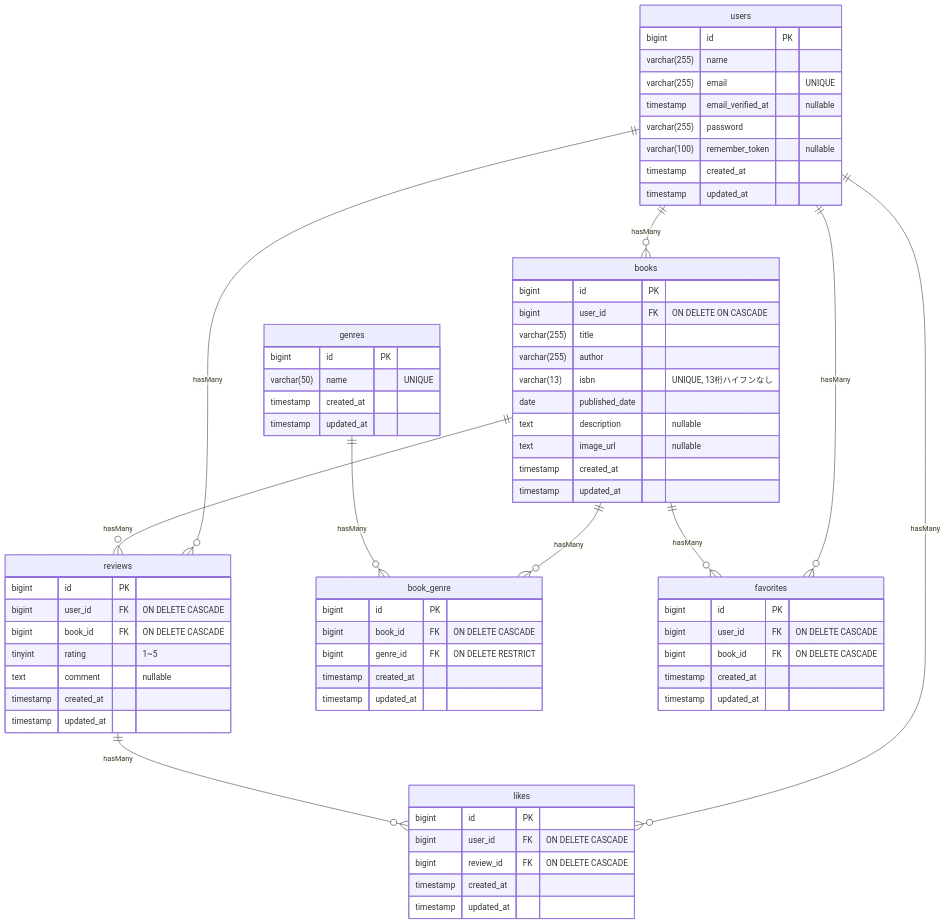
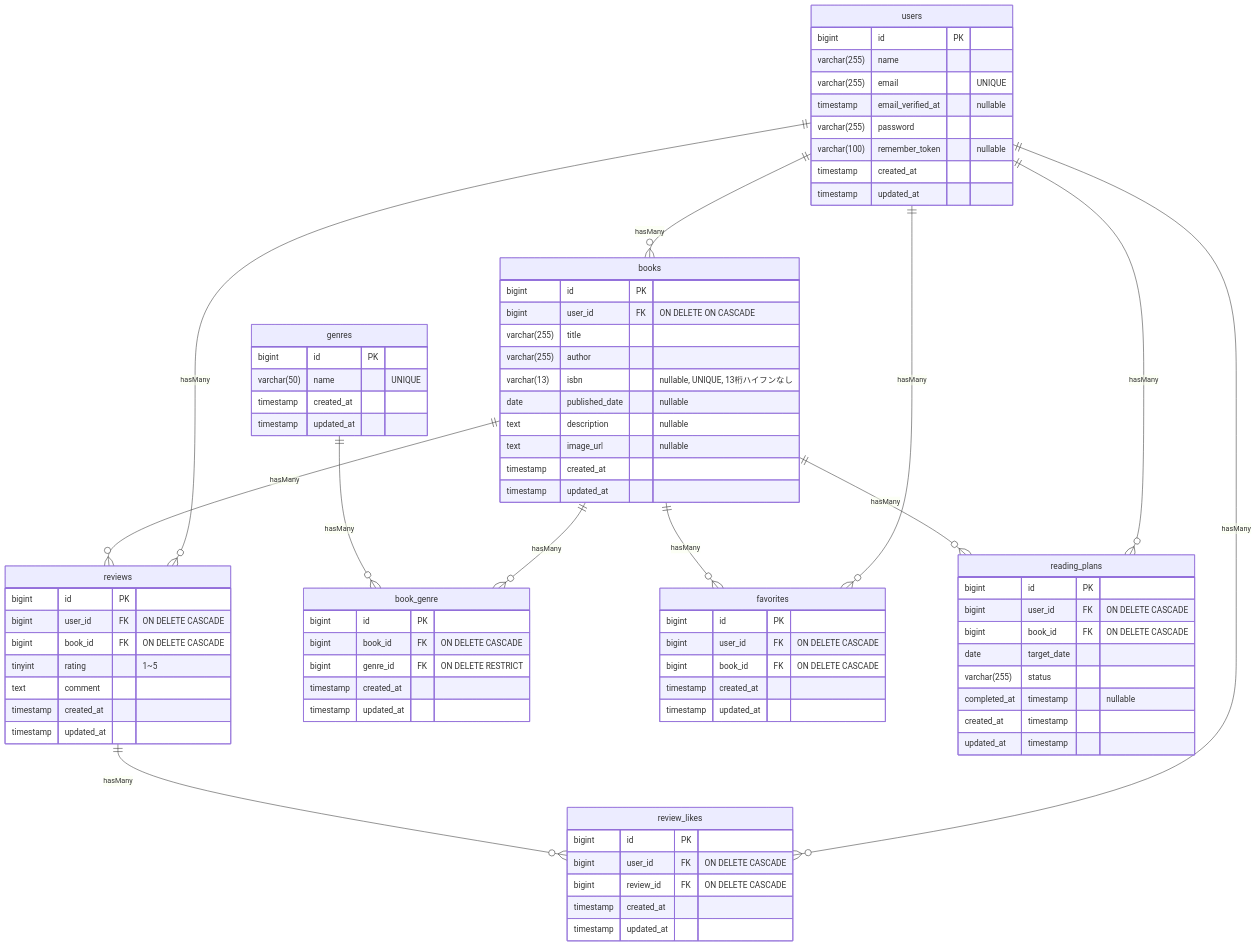
Before and after one commit to rnapyzz/bookshelf-app: the diagram in README.md, drawn with Mermaid. The commit also changed other lines of this file, not shown here.

````diff
--- a/README.md
+++ b/README.md
@@ -28,8 +33,8 @@
         bigint user_id FK "ON DELETE ON CASCADE"
         varchar(255) title
         varchar(255) author
-        varchar(13) isbn "UNIQUE, 13桁ハイフンなし"
-        date published_date
+        varchar(13) isbn "nullable, UNIQUE, 13桁ハイフンなし"
+        date published_date "nullable"
         text description "nullable"
         text image_url "nullable"
         timestamp created_at
@@ -41,7 +46,7 @@
         bigint user_id FK "ON DELETE CASCADE"
         bigint book_id FK "ON DELETE CASCADE"
         tinyint rating "1~5"
-        text comment "nullable"
+        text comment
         timestamp created_at
         timestamp updated_at
     }
@@ -62,7 +67,7 @@
         timestamp updated_at
     }
     
-    likes {
+    review_likes {
         bigint id PK
         bigint user_id FK "ON DELETE CASCADE"
         bigint review_id FK "ON DELETE CASCADE"
@@ -70,17 +75,29 @@
         timestamp updated_at
     }
     
+    reading_plans {
+        bigint id PK
+        bigint user_id FK "ON DELETE CASCADE"
+        bigint book_id FK "ON DELETE CASCADE"
+        date target_date
+        varchar(255) status
+        completed_at timestamp "nullable"
+        created_at timestamp
+        updated_at timestamp
+    }
+    
     users ||--o{ books : "hasMany"
     users ||--o{ reviews : "hasMany"
     users ||--o{ favorites : "hasMany"
-    users ||--o{ likes : "hasMany"
+    users ||--o{ review_likes : "hasMany"
+    users ||--o{ reading_plans: "hasMany"
     
     books ||--o{ reviews : "hasMany"
     books ||--o{ favorites : "hasMany"
     books ||--o{ book_genre: "hasMany"
+    books ||--o{ reading_plans: "hasMany"
     
     genres ||--o{ book_genre : "hasMany"
     
-    reviews ||--o{ likes : "hasMany"
-    
+    reviews ||--o{ review_likes : "hasMany"
 ```
````
